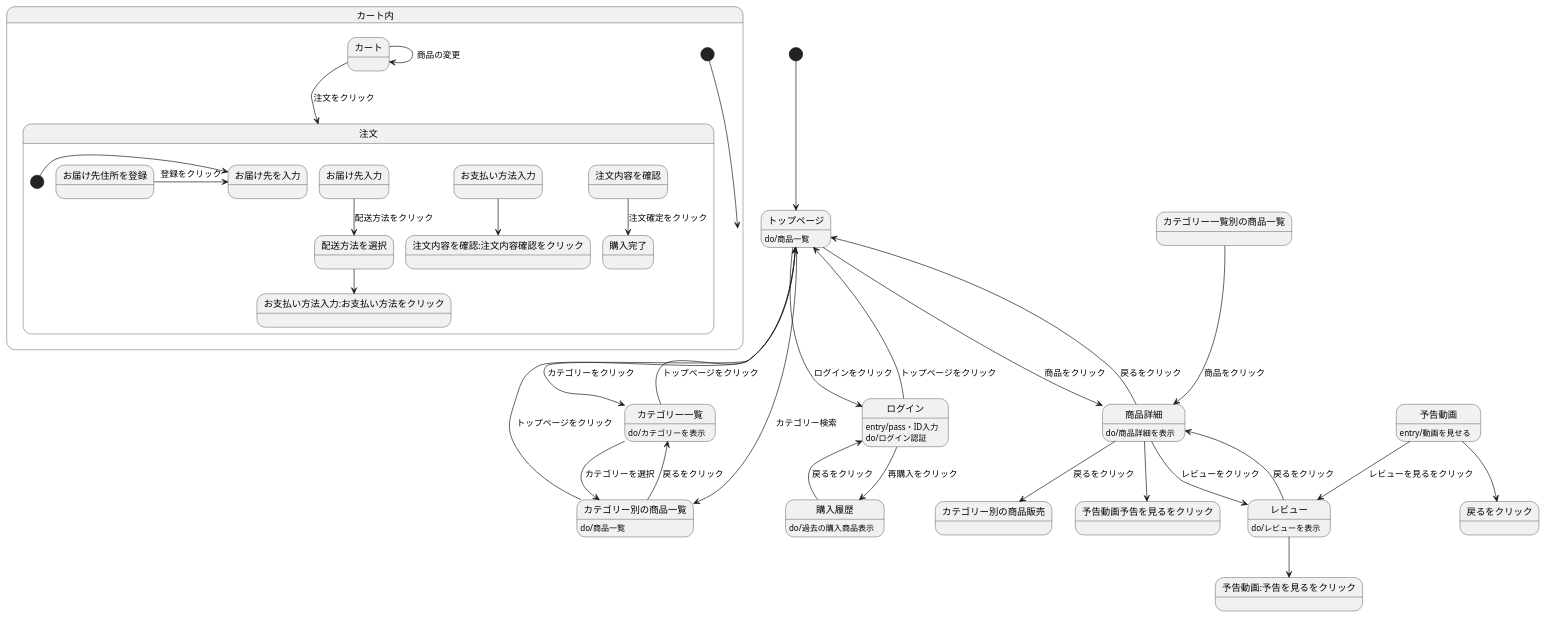
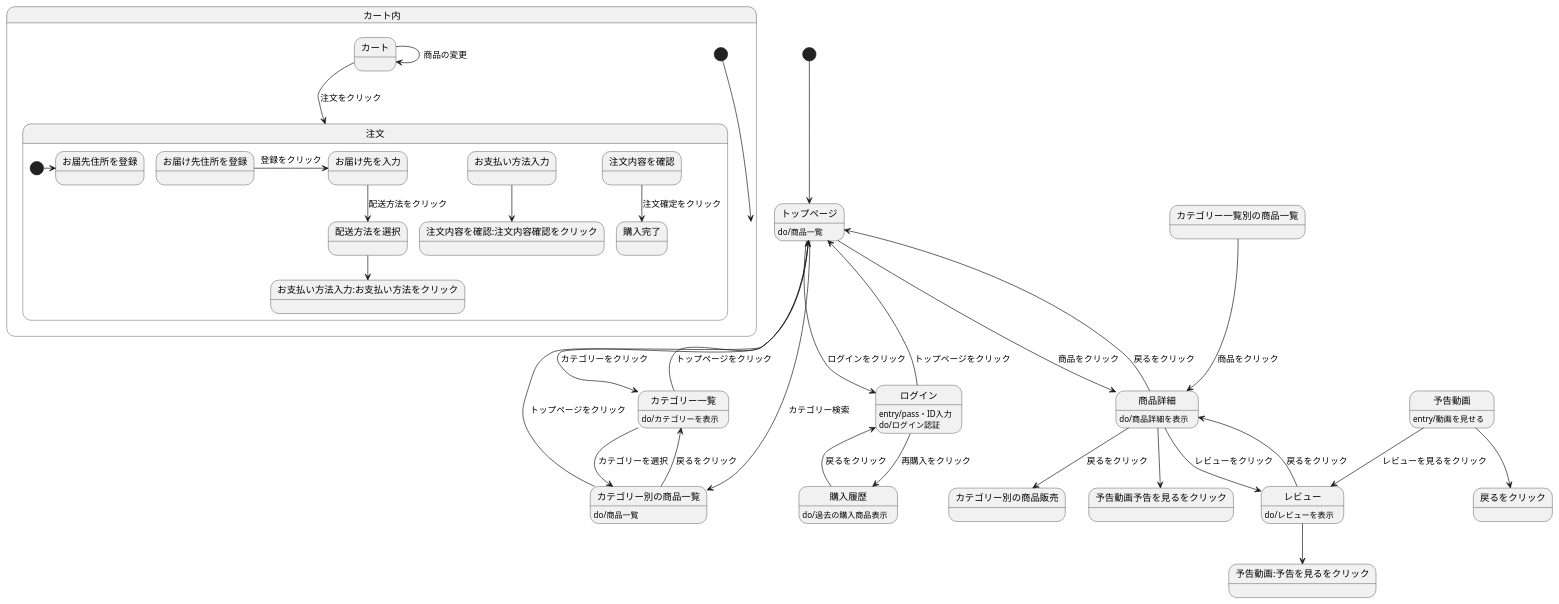
Before and after one commit to Aso2001388/2021sys-design: the diagram in orizinaru.md, drawn with PlantUML.

````diff
--- a/orizinaru.md
+++ b/orizinaru.md
@@ -1,49 +1,49 @@
 ```uml 
 @startuml
 [*]-->トップページ
 トップページ : do/商品一覧
 トップページ-->ログイン: ログインをクリック
 ログイン-->トップページ: トップページをクリック
 ログイン: entry/pass・ID入力
 ログイン: do/ログイン認証
 ログイン-->購入履歴: 再購入をクリック
 購入履歴-->ログイン: 戻るをクリック
 購入履歴: do/過去の購入商品表示
 トップページ-->カテゴリー一覧: カテゴリーをクリック
 カテゴリー一覧-->トップページ: トップページをクリック
 カテゴリー一覧: do/カテゴリーを表示
 トップページ-->カテゴリー別の商品一覧: カテゴリー検索
 カテゴリー別の商品一覧-->トップページ: トップページをクリック
 カテゴリー別の商品一覧: do/商品一覧
 カテゴリー一覧-->カテゴリー別の商品一覧: カテゴリーを選択
 カテゴリー別の商品一覧-->カテゴリー一覧: 戻るをクリック
 トップページ-->商品詳細: 商品をクリック
 商品詳細-->トップページ: 戻るをクリック
 商品詳細: do/商品詳細を表示
 カテゴリー一覧別の商品一覧-->商品詳細: 商品をクリック
 商品詳細-->カテゴリー別の商品販売: 戻るをクリック
 商品詳細-->レビュー: レビューをクリック
 レビュー-->商品詳細: 戻るをクリック
 レビュー: do/レビューを表示
 商品詳細-->予告動画予告を見るをクリック
 予告動画-->戻るをクリック
 予告動画: entry/動画を見せる
 予告動画-->レビュー: レビューを見るをクリック
 レビュー-->予告動画:予告を見るをクリック
 
 state カート内{
 [*]-->カート内
 カート->カート: 商品の変更
 カート-->注文: 注文をクリック
 state 注文{
- [*]->お届け先を入力
+ [*]->お届先住所を登録
  お届け先住所を登録->お届け先を入力: 登録をクリック
- お届け先入力-->配送方法を選択: 配送方法をクリック
+ お届け先を入力-->配送方法を選択: 配送方法をクリック
  配送方法を選択-->お支払い方法入力:お支払い方法をクリック
  お支払い方法入力-->注文内容を確認:注文内容確認をクリック
  注文内容を確認-->購入完了: 注文確定をクリック
 }
 }
 
 @enduml
 ``` 
````
